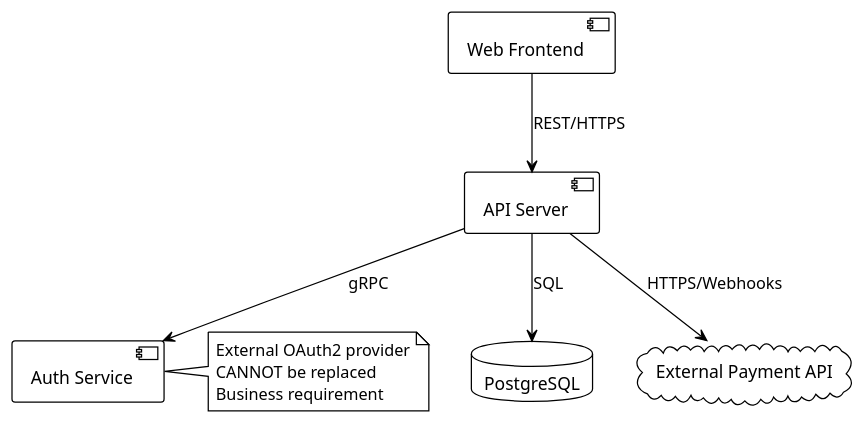
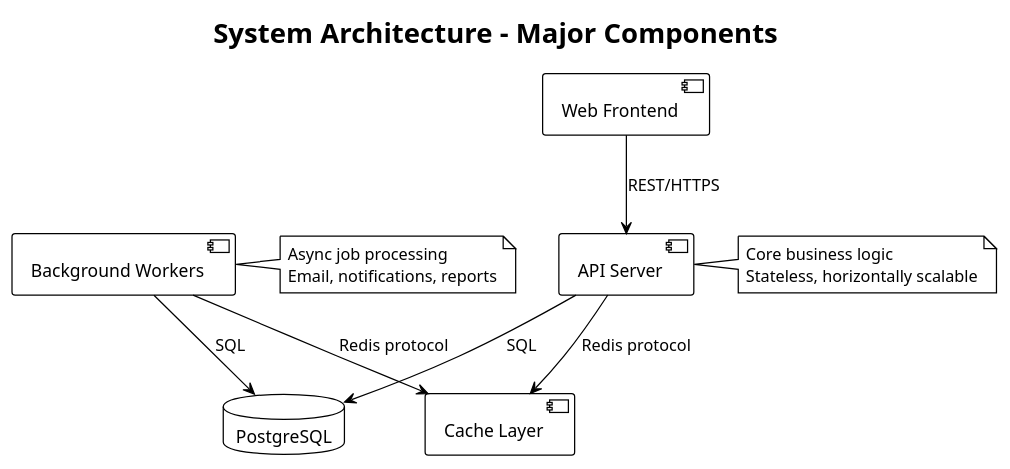
The second of 4 diagrams in claude/commands/research.md (ahoydave/dotfiles), drawn with PlantUML before and after one commit. The commit also changed other lines of this file and 10 other files, not shown here.

````diff
--- a/claude/commands/research.md
+++ b/claude/commands/research.md
@@ -330,22 +413,28 @@
 ```plantuml
 @startuml
 !theme plain
+title "System Architecture - Major Components"
 
 component "Web Frontend" as WF
 component "API Server" as API
+component "Background Workers" as Workers
 database "PostgreSQL" as DB
-component "Auth Service" as Auth
-cloud "External Payment API" as Payment
+component "Cache Layer" as Cache
 
 WF --> API : REST/HTTPS
 API --> DB : SQL
-API --> Auth : gRPC
-API --> Payment : HTTPS/Webhooks
+API --> Cache : Redis protocol
+Workers --> DB : SQL
+Workers --> Cache : Redis protocol
 
-note right of Auth
-  External OAuth2 provider
-  CANNOT be replaced
-  Business requirement
+note right of API
+  Core business logic
+  Stateless, horizontally scalable
+end note
+
+note right of Workers
+  Async job processing
+  Email, notifications, reports
 end note
 @enduml
 ```
````
